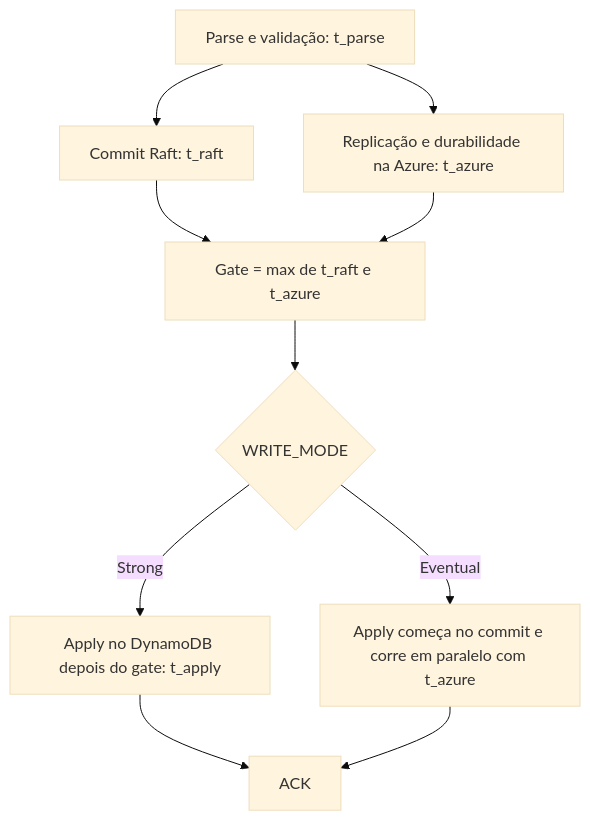
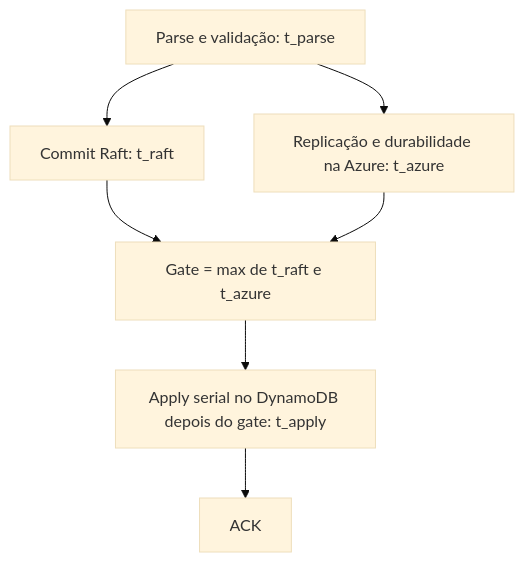
The diagram in 02_cenarios/atualizados/C24-orcamento-de-50ms-e-escrita-no-dynamodb.md (brbarmex/k), drawn with Mermaid (base theme) before and after one commit. The commit also changed other lines of this file and 139 other files, not shown here.

````diff
--- a/02_cenarios/atualizados/C24-orcamento-de-50ms-e-escrita-no-dynamodb.md
+++ b/02_cenarios/atualizados/C24-orcamento-de-50ms-e-escrita-no-dynamodb.md
@@ -15,12 +15,9 @@
 ```mermaid
 flowchart TD
     A["Parse e validação: t_parse"] --> B["Commit Raft: t_raft"]
     A --> C["Replicação e durabilidade na Azure: t_azure"]
     B --> D["Gate = max de t_raft e t_azure"]
     C --> D
-    D --> E{"WRITE_MODE"}
-    E -->|"Strong"| F["Apply no DynamoDB depois do gate: t_apply"]
-    E -->|"Eventual"| G["Apply começa no commit e corre em paralelo com t_azure"]
+    D --> F["Apply serial no DynamoDB depois do gate: t_apply"]
     F --> H["ACK"]
-    G --> H
 ```
````
